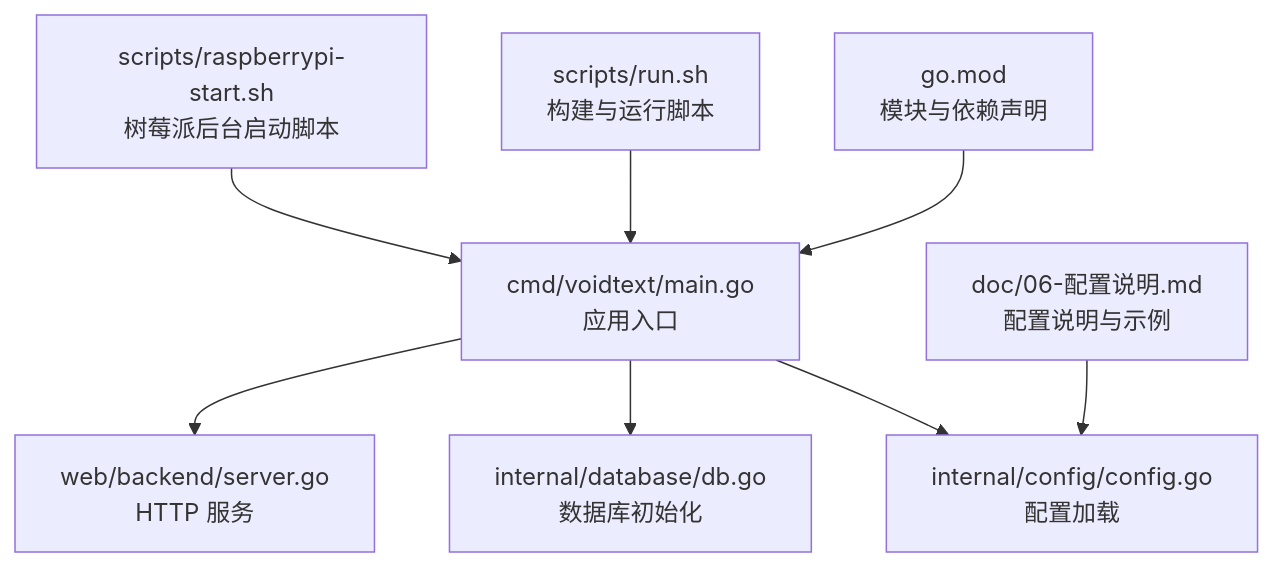
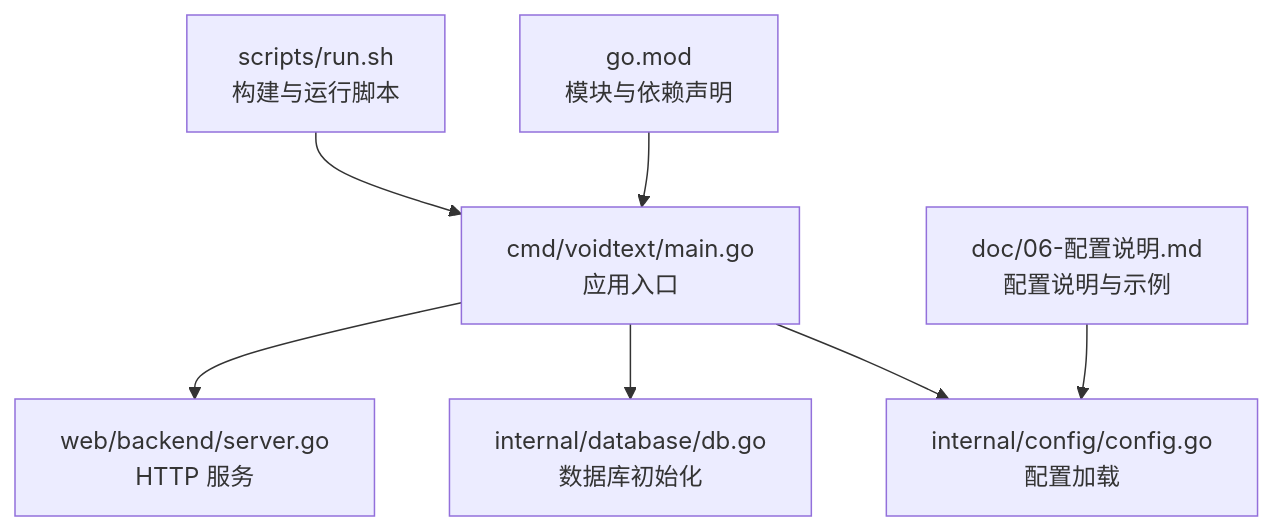
Before and after one commit to handy-h/VoidText: the first of 3 diagrams in repowikis/07-部署运维/环境搭建.md, drawn with Mermaid. The commit also changed other lines of this file and 11 other files, not shown here.

````diff
--- a/repowikis/07-部署运维/环境搭建.md
+++ b/repowikis/07-部署运维/环境搭建.md
@@ -41,10 +41,10 @@
 ```mermaid
 graph TB
 A["cmd/voidtext/main.go<br/>应用入口"] --> B["internal/config/config.go<br/>配置加载"]
 A --> C["internal/database/db.go<br/>数据库初始化"]
 A --> D["web/backend/server.go<br/>HTTP 服务"]
 E["go.mod<br/>模块与依赖声明"] --> A
 F["scripts/run.sh<br/>构建与运行脚本"] --> A
-G["scripts/raspberrypi-start.sh<br/>树莓派后台启动脚本"] --> A
+
 H["doc/06-配置说明.md<br/>配置说明与示例"] --> B
 ```
````
